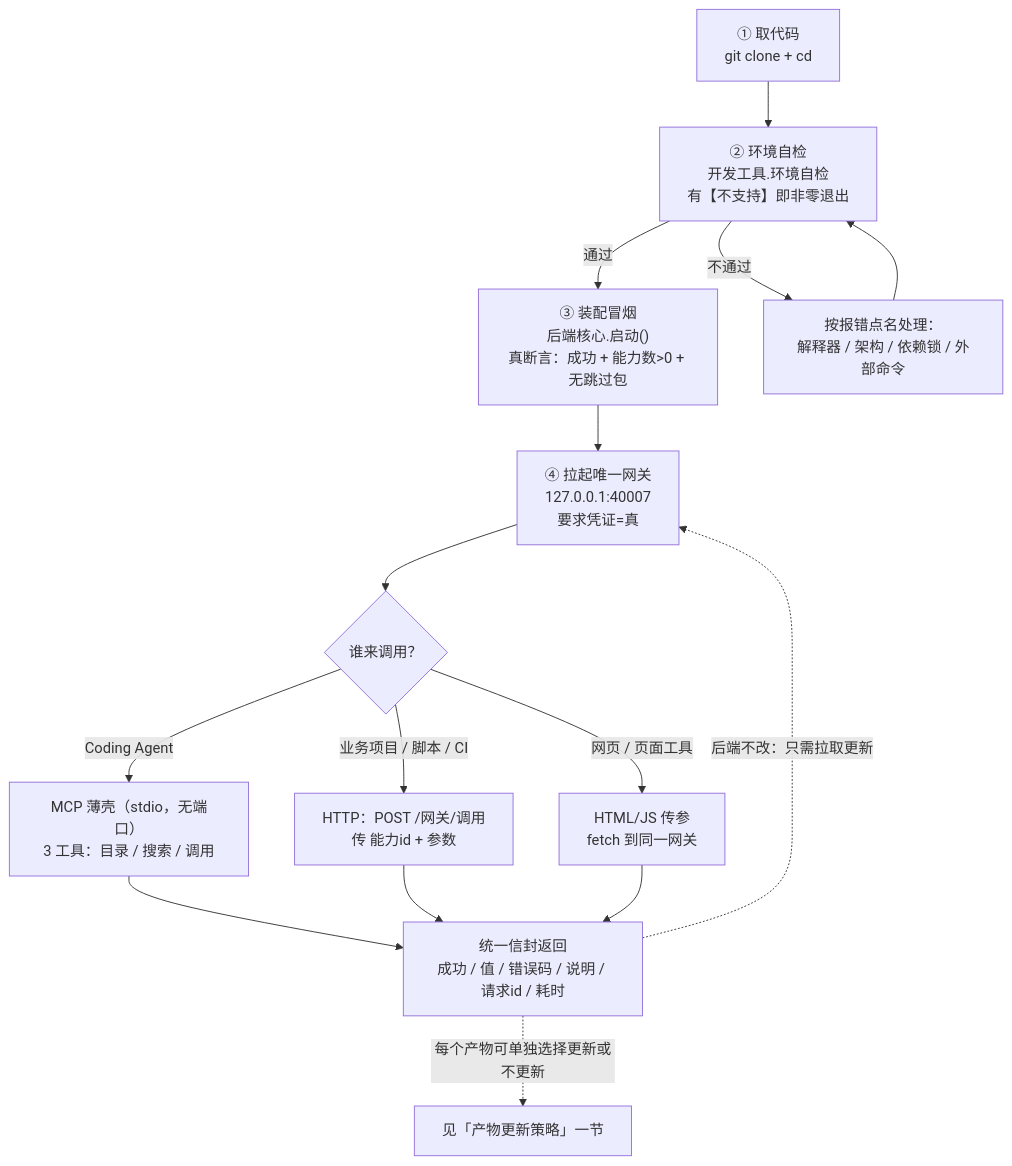
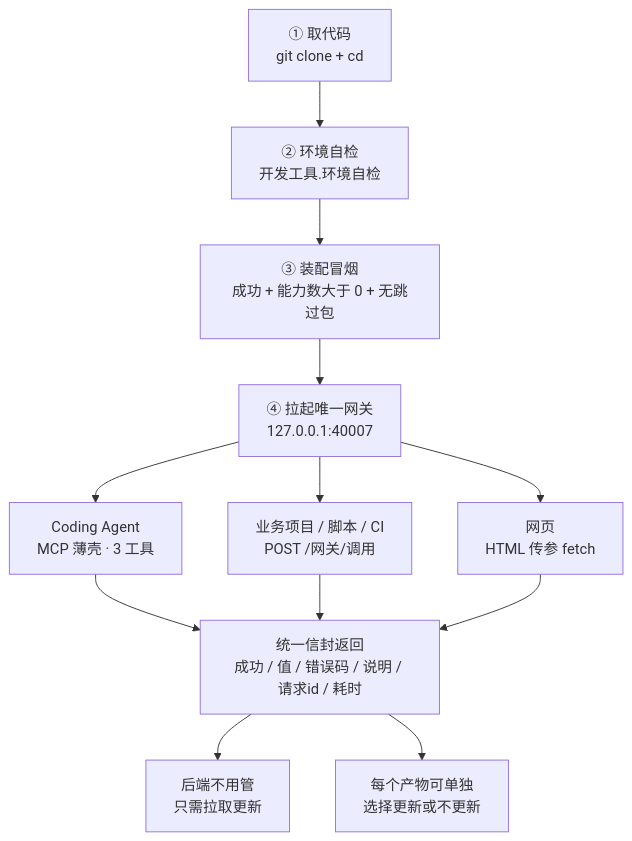
The second of 3 diagrams in README.md (kunhua-he/system-engineering-platform), drawn with Mermaid before and after one commit. The commit also changed other lines of this file, not shown here.

First line of the commit message:
README 图改造为分层清晰版 + 补「能力地图」与真实调用示例

````diff
--- a/README.md
+++ b/README.md
@@ -167,17 +186,18 @@
 ```mermaid
 flowchart TB
-    S0["① 取代码<br/>git clone + cd"] --> S1["② 环境自检<br/>开发工具.环境自检<br/>有【不支持】即非零退出"]
-    S1 -->|通过| S2["③ 装配冒烟<br/>后端核心.启动()<br/>真断言：成功 + 能力数>0 + 无跳过包"]
-    S1 -->|不通过| S9["按报错点名处理：<br/>解释器 / 架构 / 依赖锁 / 外部命令"]
-    S9 --> S1
-    S2 --> S3["④ 拉起唯一网关<br/>127.0.0.1:40007<br/>要求凭证=真"]
-    S3 --> S4{"谁来调用？"}
-    S4 -->|Coding Agent| S5["MCP 薄壳（stdio，无端口）<br/>3 工具：目录 / 搜索 / 调用"]
-    S4 -->|业务项目 / 脚本 / CI| S6["HTTP：POST /网关/调用<br/>传 能力id + 参数"]
-    S4 -->|网页 / 页面工具| S7["HTML/JS 传参<br/>fetch 到同一网关"]
-    S5 --> S8["统一信封返回<br/>成功 / 值 / 错误码 / 说明 / 请求id / 耗时"]
-    S6 --> S8
-    S7 --> S8
-    S8 -.->|"后端不改：只需拉取更新"| S3
-    S8 -.->|"每个产物可单独选择更新或不更新"| S10["见「产物更新策略」一节"]
+    S1["① 取代码<br/>git clone + cd"] --> S2["② 环境自检<br/>开发工具.环境自检"]
+    S2 --> S3["③ 装配冒烟<br/>成功 + 能力数大于 0 + 无跳过包"]
+    S3 --> S4["④ 拉起唯一网关<br/>127.0.0.1:40007"]
+
+    S4 --> U1["Coding Agent<br/>MCP 薄壳 · 3 工具"]
+    S4 --> U2["业务项目 / 脚本 / CI<br/>POST /网关/调用"]
+    S4 --> U3["网页<br/>HTML 传参 fetch"]
+
+    U1 --> R["统一信封返回<br/>成功 / 值 / 错误码 / 说明 / 请求id / 耗时"]
+    U2 --> R
+    U3 --> R
+
+    R --> N1["后端不用管<br/>只需拉取更新"]
+    R --> N2["每个产物可单独<br/>选择更新或不更新"]
+
 ```
````
